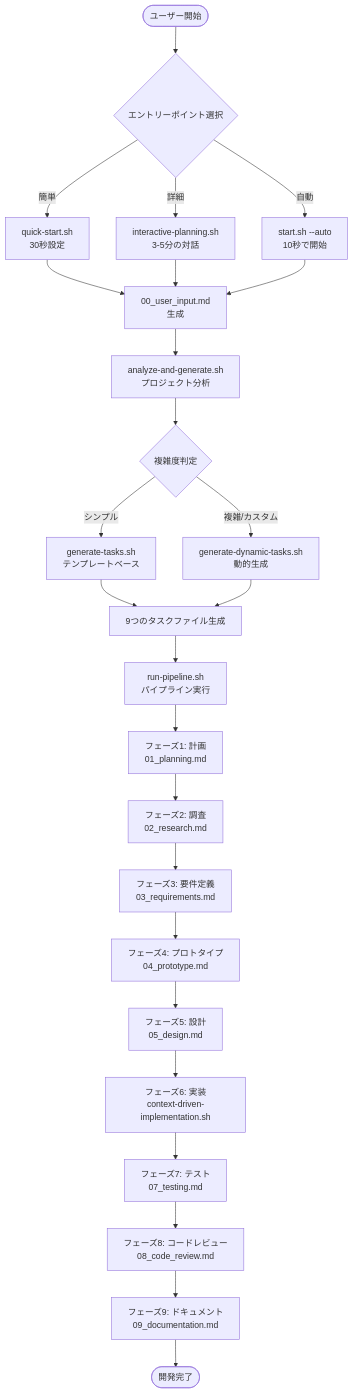
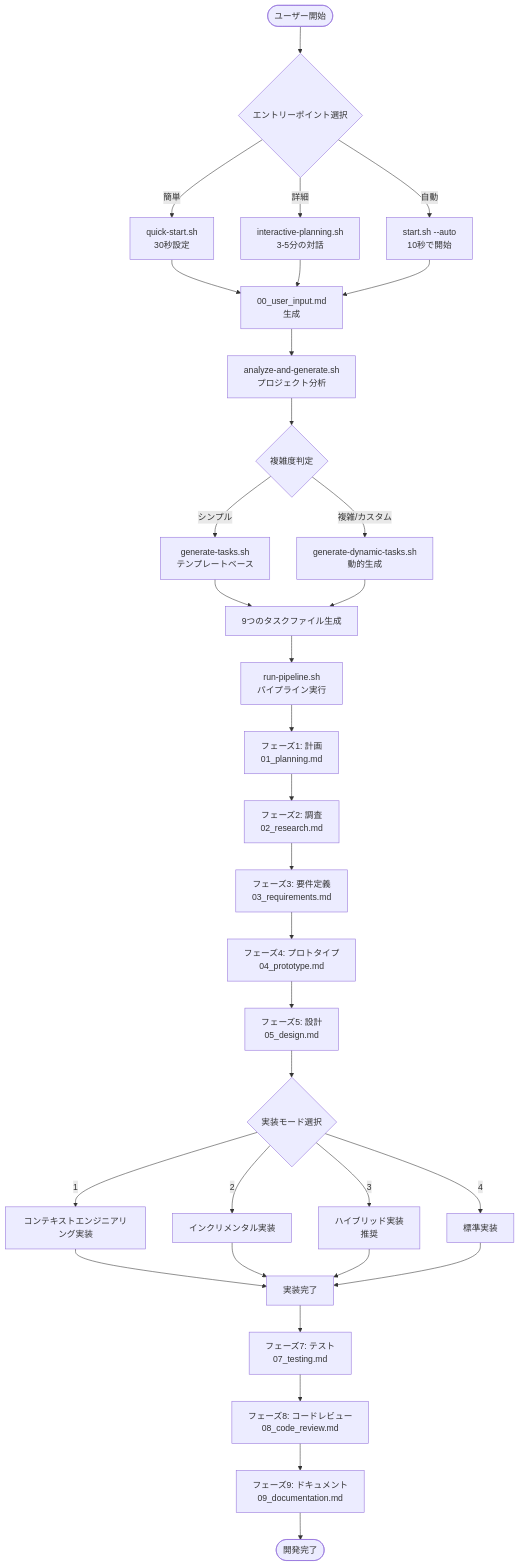
Before and after one commit to wanta-s/ClaudeFlow: the diagram in docs/DEVELOPMENT-FLOW.md, drawn with Mermaid. The commit also changed other lines of this file and 9 other files, not shown here.

````diff
--- a/docs/DEVELOPMENT-FLOW.md
+++ b/docs/DEVELOPMENT-FLOW.md
@@ -5,35 +5,44 @@
 ```mermaid
 graph TD
     Start([ユーザー開始]) --> Entry{エントリーポイント選択}
     
     Entry -->|簡単| QuickStart[quick-start.sh<br/>30秒設定]
     Entry -->|詳細| Interactive[interactive-planning.sh<br/>3-5分の対話]
     Entry -->|自動| Auto[start.sh --auto<br/>10秒で開始]
     
     QuickStart --> UserInput[00_user_input.md<br/>生成]
     Interactive --> UserInput
     Auto --> UserInput
     
     UserInput --> Analyze[analyze-and-generate.sh<br/>プロジェクト分析]
     
     Analyze --> ComplexityCheck{複雑度判定}
     ComplexityCheck -->|シンプル| Template[generate-tasks.sh<br/>テンプレートベース]
     ComplexityCheck -->|複雑/カスタム| Dynamic[generate-dynamic-tasks.sh<br/>動的生成]
     
     Template --> Tasks[9つのタスクファイル生成]
     Dynamic --> Tasks
     
     Tasks --> Pipeline[run-pipeline.sh<br/>パイプライン実行]
     
     Pipeline --> Phase1[フェーズ1: 計画<br/>01_planning.md]
     Phase1 --> Phase2[フェーズ2: 調査<br/>02_research.md]
     Phase2 --> Phase3[フェーズ3: 要件定義<br/>03_requirements.md]
     Phase3 --> Phase4[フェーズ4: プロトタイプ<br/>04_prototype.md]
     Phase4 --> Phase5[フェーズ5: 設計<br/>05_design.md]
-    Phase5 --> Phase6[フェーズ6: 実装<br/>context-driven-implementation.sh]
+    Phase5 --> ImplMode{実装モード選択}
+    ImplMode -->|1| ContextEng[コンテキストエンジニアリング実装]
+    ImplMode -->|2| Incremental[インクリメンタル実装]
+    ImplMode -->|3| Hybrid[ハイブリッド実装<br/>推奨]
+    ImplMode -->|4| Standard[標準実装]
+    
+    ContextEng --> Phase6[実装完了]
+    Incremental --> Phase6
+    Hybrid --> Phase6
+    Standard --> Phase6
     Phase6 --> Phase7[フェーズ7: テスト<br/>07_testing.md]
     
     Phase7 --> Phase8[フェーズ8: コードレビュー<br/>08_code_review.md]
     Phase8 --> Phase9[フェーズ9: ドキュメント<br/>09_documentation.md]
     Phase9 --> Complete([開発完了])
 ```
````
